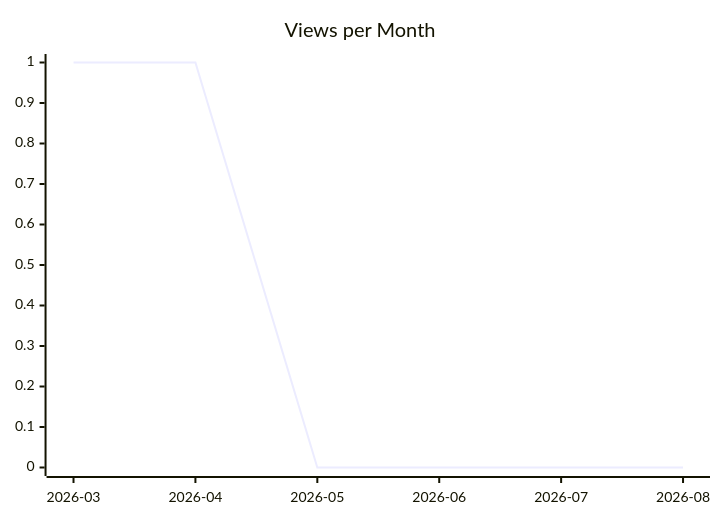
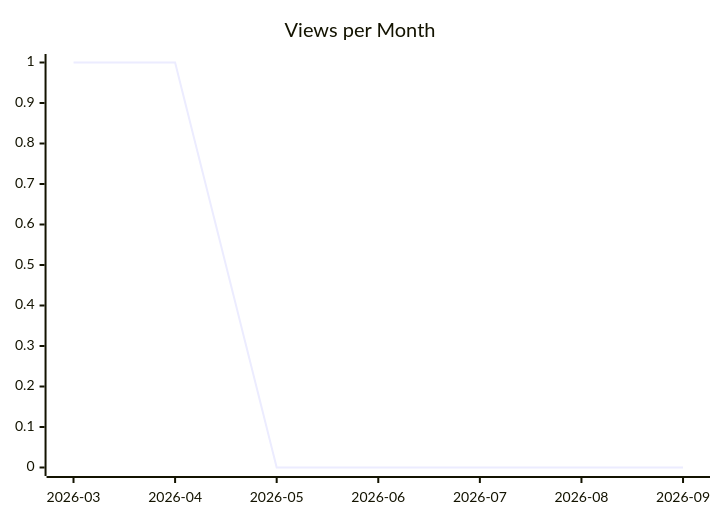
Before and after one commit to justdavis-family/github-analytics-data: the second of 3 diagrams in karlmdavis/todoist-ai/README.md, drawn with Mermaid. The commit also changed other lines of this file and 124 other files, not shown here.

````diff
--- a/karlmdavis/todoist-ai/README.md
+++ b/karlmdavis/todoist-ai/README.md
@@ -12,6 +12,6 @@
 ```mermaid
 xychart-beta
   title "Views per Month"
-  x-axis ["2026-03", "2026-04", "2026-05", "2026-06", "2026-07", "2026-08"]
-  line [1, 1, 0, 0, 0, 0]
+  x-axis ["2026-03", "2026-04", "2026-05", "2026-06", "2026-07", "2026-08", "2026-09"]
+  line [1, 1, 0, 0, 0, 0, 0]
 ```
````
